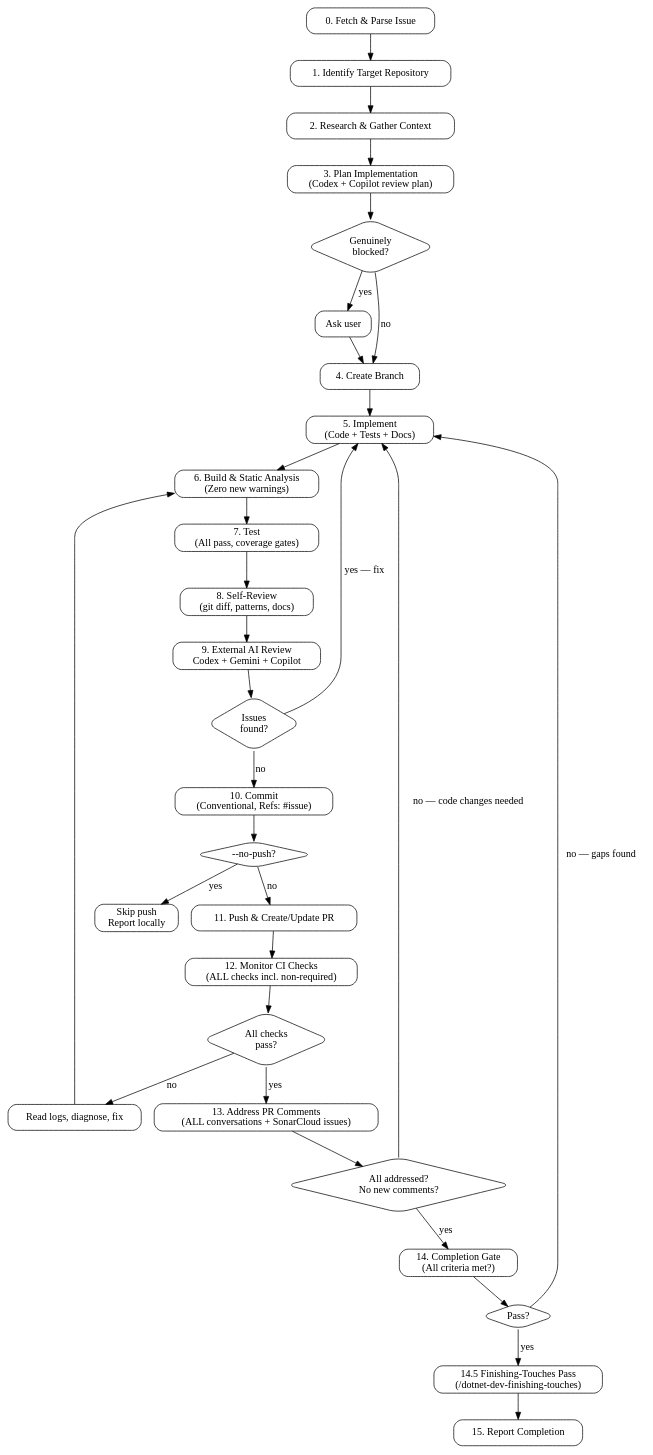
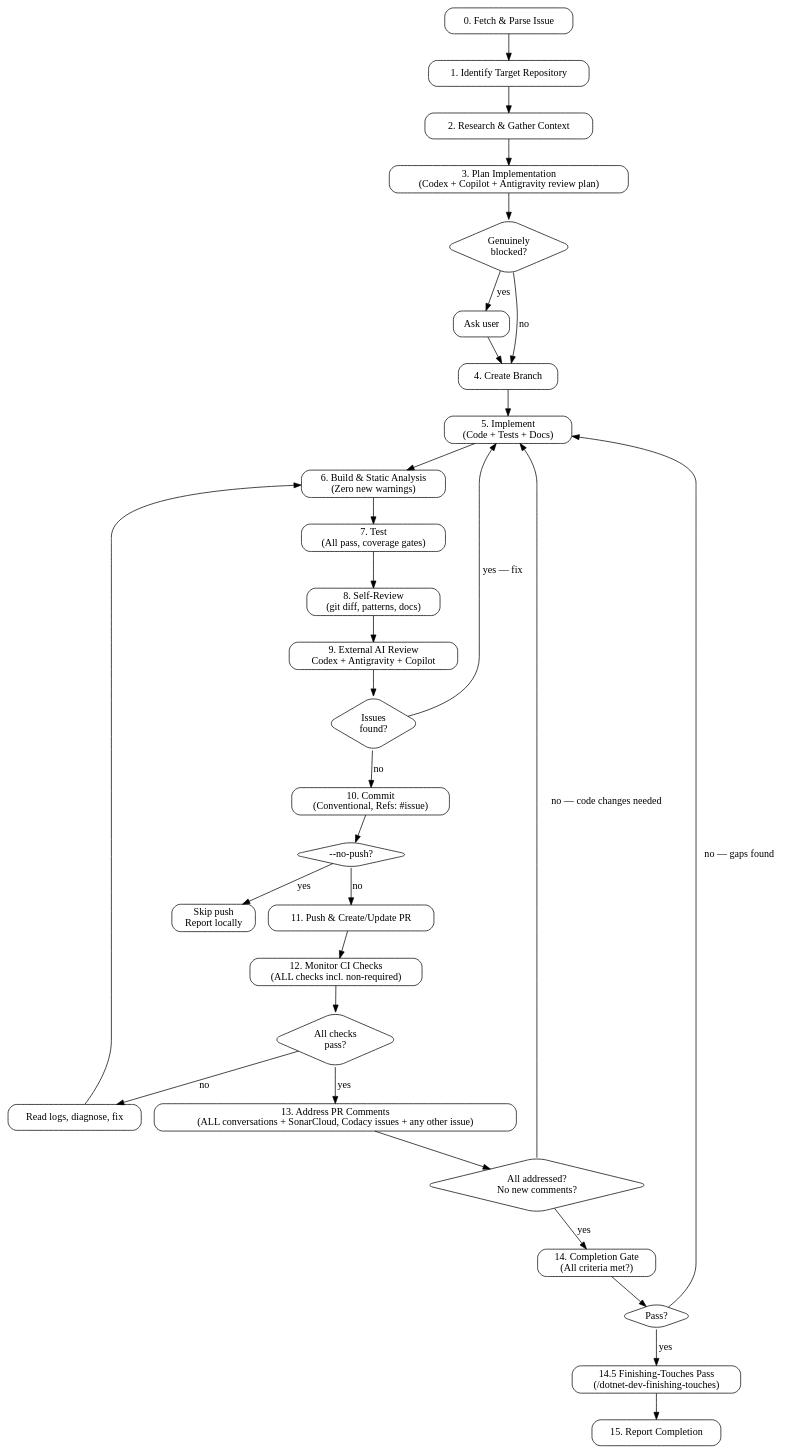
One commit to mrploch/ploch-commandline changed the diagram in .claude/skills/implement-issue/SKILL.md. Above: the diagram before and after it, drawn with Graphviz. The commit also changed other lines of this file and 9 other files, not shown here.

````diff
--- a/.claude/skills/implement-issue/SKILL.md
+++ b/.claude/skills/implement-issue/SKILL.md
@@ -44,55 +58,55 @@
 ```dot
 digraph implement_issue {
     rankdir=TB;
     node [shape=box, style="rounded"];
 
     fetch [label="0. Fetch & Parse Issue"];
     repo [label="1. Identify Target Repository"];
     research [label="2. Research & Gather Context"];
-    plan [label="3. Plan Implementation\n(Codex + Copilot review plan)"];
+    plan [label="3. Plan Implementation\n(Codex + Copilot + Antigravity review plan)"];
     blocked [shape=diamond, label="Genuinely\nblocked?"];
     ask [label="Ask user"];
     branch [label="4. Create Branch"];
     implement [label="5. Implement\n(Code + Tests + Docs)"];
     build [label="6. Build & Static Analysis\n(Zero new warnings)"];
     test [label="7. Test\n(All pass, coverage gates)"];
     review [label="8. Self-Review\n(git diff, patterns, docs)"];
-    codex [label="9. External AI Review\nCodex + Gemini + Copilot"];
+    codex [label="9. External AI Review\nCodex + Antigravity + Copilot"];
     issues [shape=diamond, label="Issues\nfound?"];
     commit [label="10. Commit\n(Conventional, Refs: #issue)"];
     push_check [shape=diamond, label="--no-push?"];
     push [label="11. Push & Create/Update PR"];
     monitor [label="12. Monitor CI Checks\n(ALL checks incl. non-required)"];
     ci_ok [shape=diamond, label="All checks\npass?"];
     fix_ci [label="Read logs, diagnose, fix"];
-    comments [label="13. Address PR Comments\n(ALL conversations + SonarCloud issues)"];
+    comments [label="13. Address PR Comments\n(ALL conversations + SonarCloud, Codacy issues + any other issue)"];
     comments_ok [shape=diamond, label="All addressed?\nNo new comments?"];
     gate [label="14. Completion Gate\n(All criteria met?)"];
     gate_ok [shape=diamond, label="Pass?"];
     finishing [label="14.5 Finishing-Touches Pass\n(/dotnet-dev-finishing-touches)"];
     report [label="15. Report Completion"];
     skip_push [label="Skip push\nReport locally"];
 
     fetch -> repo -> research -> plan -> blocked;
     blocked -> ask [label="yes"];
     blocked -> branch [label="no"];
     ask -> branch;
     branch -> implement -> build -> test -> review -> codex -> issues;
     issues -> implement [label="yes — fix"];
     issues -> commit [label="no"];
     commit -> push_check;
     push_check -> push [label="no"];
     push_check -> skip_push [label="yes"];
     push -> monitor -> ci_ok;
     ci_ok -> comments [label="yes"];
     ci_ok -> fix_ci [label="no"];
     fix_ci -> build;
     comments -> comments_ok;
     comments_ok -> gate [label="yes"];
     comments_ok -> implement [label="no — code changes needed"];
     gate -> gate_ok;
     gate_ok -> finishing [label="yes"];
     gate_ok -> implement [label="no — gaps found"];
     finishing -> report;
 }
 ```
````
